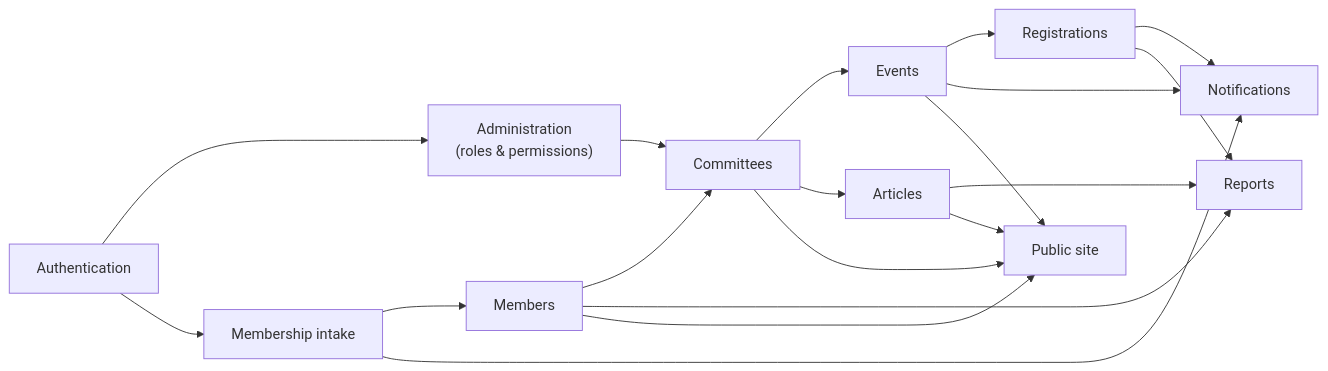
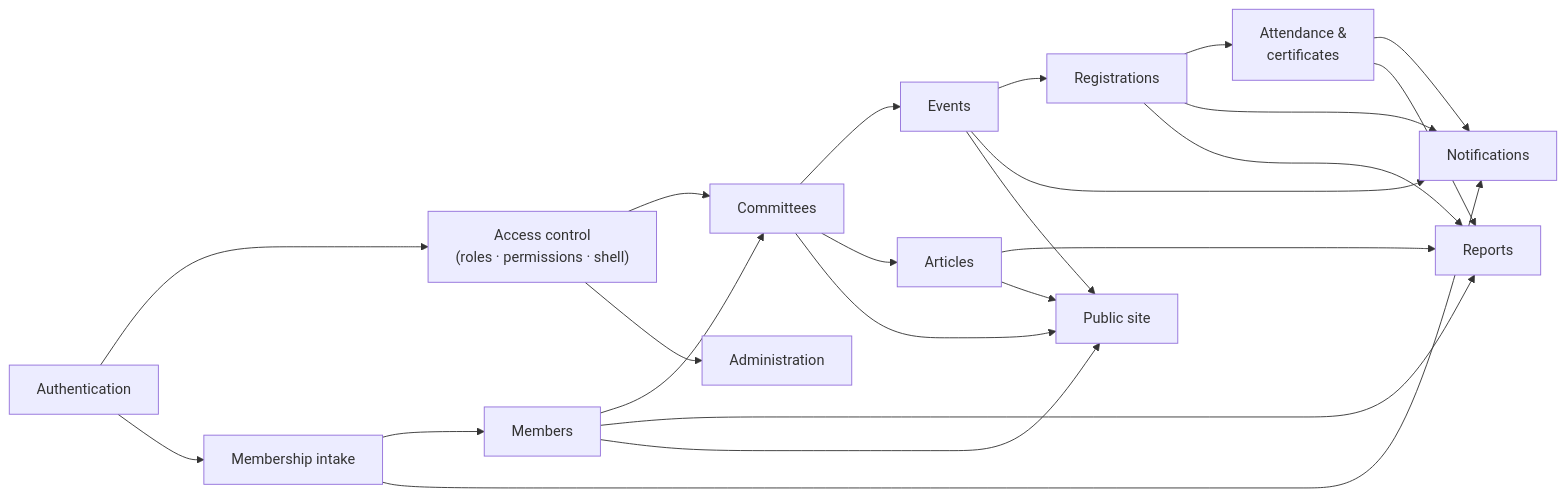
One commit to Hussain560/sdc_web changed the diagram in docs/11-modules/README.md. Above: the diagram before and after it, drawn with Mermaid. The commit also changed other lines of this file and 29 other files, not shown here.

First line of the commit message:
docs: full module specifications, business processes, diagram fixes

````diff
--- a/docs/11-modules/README.md
+++ b/docs/11-modules/README.md
@@ -30,21 +44,25 @@
 ```mermaid
 flowchart LR
-    AUTH["Authentication"] --> ACCESS["Administration<br/>(roles & permissions)"]
-    ACCESS --> CMT["Committees"]
+    AUTH["Authentication"] --> ACC["Access control<br/>(roles · permissions · shell)"]
+    ACC --> CMT["Committees"]
+    ACC --> ADM["Administration"]
     AUTH --> MBR["Membership intake"]
     MBR --> MEM["Members"]
     MEM --> CMT
     CMT --> EVT["Events"]
     EVT --> REG["Registrations"]
+    REG --> ATT["Attendance &<br/>certificates"]
     CMT --> ART["Articles"]
     REG --> NOT["Notifications"]
     MBR --> NOT
     EVT --> NOT
+    ATT --> NOT
     REG --> RPT["Reports"]
+    ATT --> RPT
     MEM --> RPT
     ART --> RPT
     EVT --> PUB["Public site"]
     ART --> PUB
     MEM --> PUB
     CMT --> PUB
 ```
````
